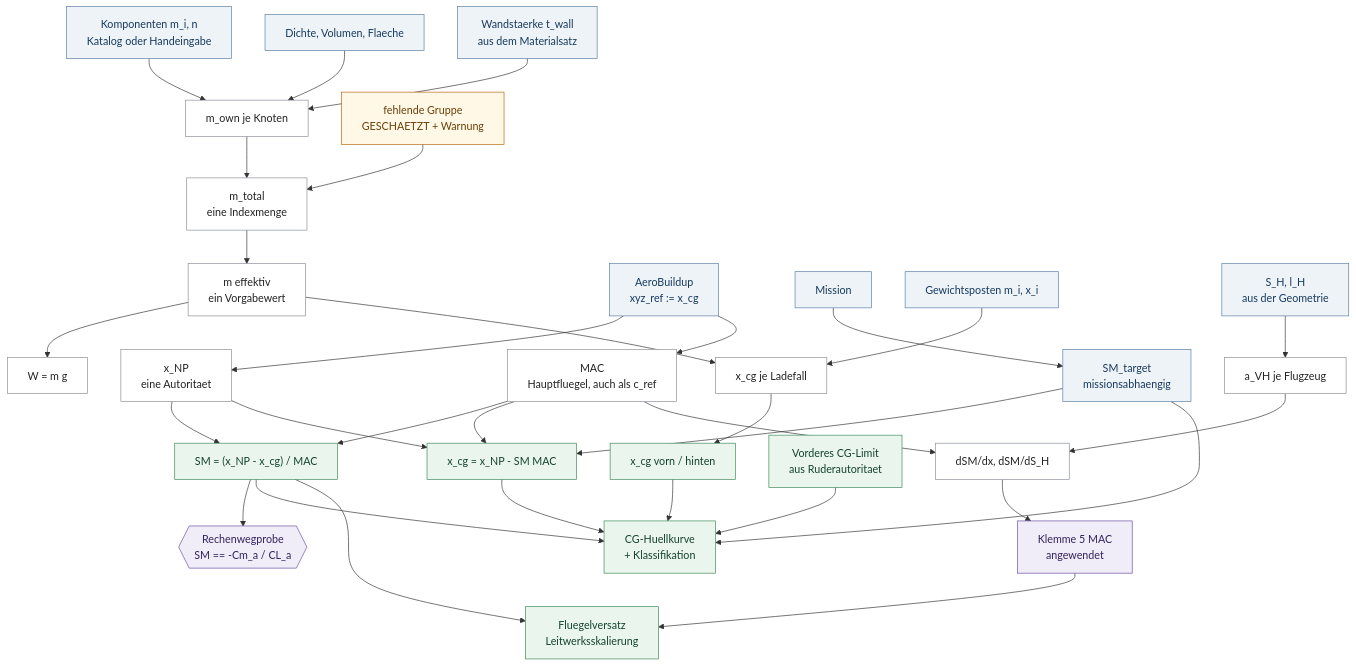
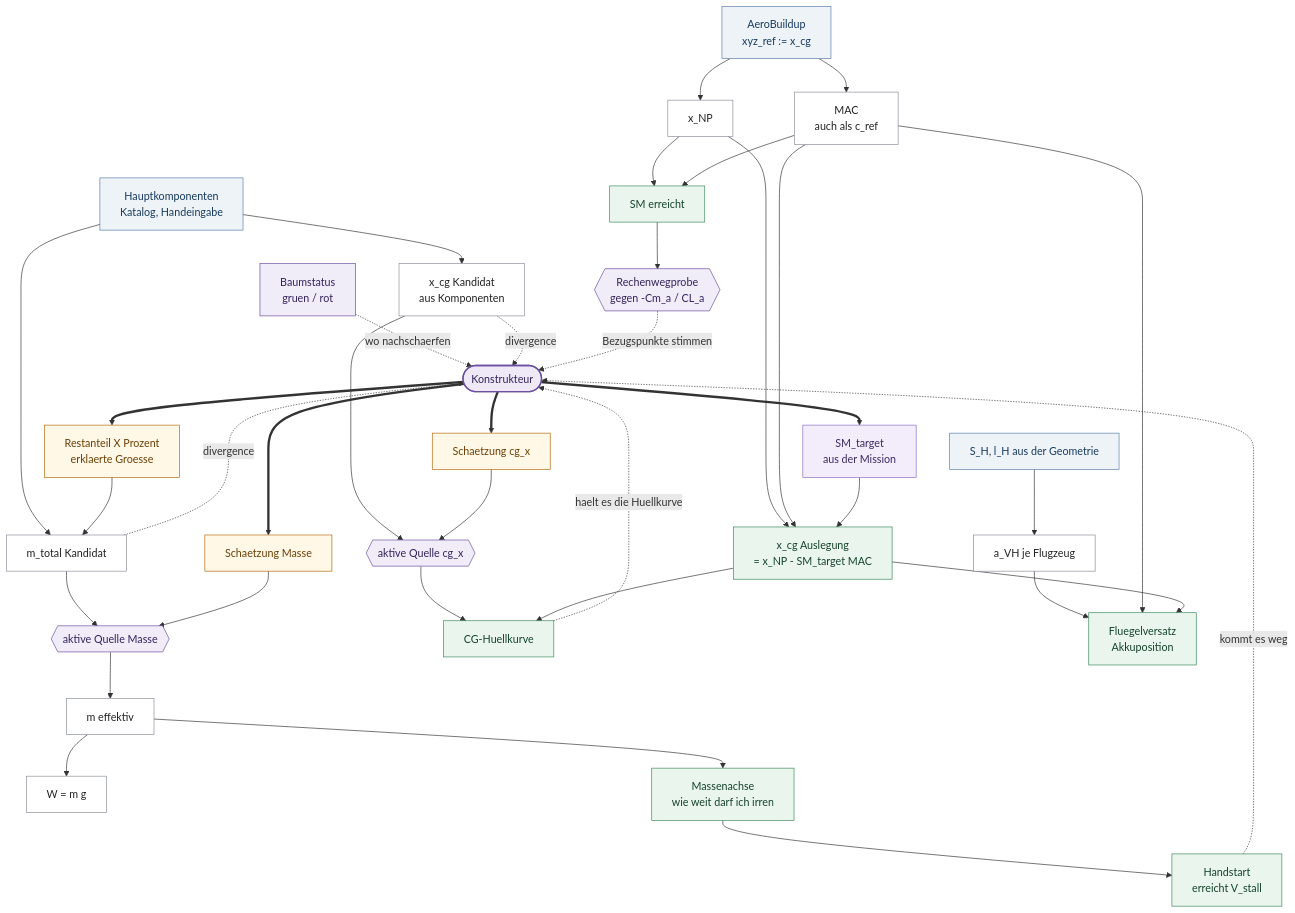
The second of 2 diagrams in _reversa_sdd/calculations/canon/PFAD3.md (szymansk/da3Dalus), drawn with Mermaid before and after one commit. The commit also changed other lines of this file and 1 other file, not shown here.

First paragraph of the commit message:
docs(spec): redraw the target graph with the designer in it
The previous version drew the chain as if it ran by itself. It does not.
Three things were missing, and each came from the maintainer.

````diff
--- a/_reversa_sdd/calculations/canon/PFAD3.md
+++ b/_reversa_sdd/calculations/canon/PFAD3.md
@@ -404,65 +410,75 @@
 ```mermaid
 flowchart TD
+  classDef des fill:#efe9f7,stroke:#6b4fa0,stroke-width:2px,color:#33235c
+  classDef choice fill:#f3ecfa,stroke:#8a6fc0,color:#3c2a63
+  classDef est fill:#fff8e6,stroke:#b4690e,color:#6b3f06
+  classDef drv fill:#ffffff,stroke:#8a8f98,color:#222
   classDef inp fill:#eef3f8,stroke:#5a7fa6,color:#173a5e
-  classDef drv fill:#ffffff,stroke:#8a8f98,color:#222
   classDef out fill:#eaf5ee,stroke:#3d8a5a,color:#14432a
-  classDef est fill:#fff8e6,stroke:#b4690e,color:#6b3f06
   classDef chk fill:#f0ecf8,stroke:#6b4fa0,color:#33235c
 
-  MI["Komponenten m_i, n<br/>Katalog oder Handeingabe"]:::inp
-  RHO["Dichte, Volumen, Flaeche"]:::inp
-  TW["Wandstaerke t_wall<br/>aus dem Materialsatz"]:::inp
-  MOWN["m_own je Knoten"]:::drv
-  MEST["fehlende Gruppe<br/>GESCHAETZT + Warnung"]:::est
-  MSUM["m_total<br/>eine Indexmenge"]:::drv
-  MEFF["m effektiv<br/>ein Vorgabewert"]:::drv
+  DES(["Konstrukteur"]):::des
+
+  SMT["SM_target<br/>aus der Mission"]:::choice
+  ESTM["Schaetzung Masse"]:::est
+  ESTCG["Schaetzung cg_x"]:::est
+
+  KOMP["Hauptkomponenten<br/>Katalog, Handeingabe"]:::inp
+  REST["Restanteil X Prozent<br/>erklaerte Groesse"]:::est
+  MSUM["m_total Kandidat"]:::drv
+  STAT["Baumstatus<br/>gruen / rot"]:::chk
+  SWM{{"aktive Quelle Masse"}}:::chk
+  MEFF["m effektiv"]:::drv
   W["W = m g"]:::drv
 
   SOLV["AeroBuildup<br/>xyz_ref := x_cg"]:::inp
-  XNP["x_NP<br/>eine Autoritaet"]:::drv
-  MAC["MAC<br/>Hauptfluegel, auch als c_ref"]:::drv
-  MISSION["Mission"]:::inp
-  SMT["SM_target<br/>missionsabhaengig"]:::inp
+  XNP["x_NP"]:::drv
+  MAC["MAC<br/>auch als c_ref"]:::drv
+  SM["SM erreicht"]:::out
+  RT{{"Rechenwegprobe<br/>gegen -Cm_a / CL_a"}}:::chk
+  CGD["x_cg Auslegung<br/>= x_NP - SM_target MAC"]:::out
 
-  SM["SM = (x_NP - x_cg) / MAC"]:::out
-  RT{{"Rechenwegprobe<br/>SM == -Cm_a / CL_a"}}:::chk
-  CGD["x_cg = x_NP - SM MAC"]:::out
+  CGK["x_cg Kandidat<br/>aus Komponenten"]:::drv
+  SWCG{{"aktive Quelle cg_x"}}:::chk
+  ENV["CG-Huellkurve"]:::out
+  MENV["Massenachse<br/>wie weit darf ich irren"]:::out
+  HAND["Handstart<br/>erreicht V_stall"]:::out
 
-  LI["Gewichtsposten m_i, x_i"]:::inp
-  CGS["x_cg je Ladefall"]:::drv
-  CGFA["x_cg vorn / hinten"]:::out
-  CGFWD["Vorderes CG-Limit<br/>aus Ruderautoritaet"]:::out
-  ENV["CG-Huellkurve<br/>+ Klassifikation"]:::out
+  SH["S_H, l_H aus der Geometrie"]:::inp
+  AVH["a_VH je Flugzeug"]:::drv
+  SUG["Fluegelversatz<br/>Akkuposition"]:::out
 
-  SH["S_H, l_H<br/>aus der Geometrie"]:::inp
-  AVH["a_VH je Flugzeug"]:::drv
-  DSM["dSM/dx, dSM/dS_H"]:::drv
-  CLIP["Klemme 5 MAC<br/>angewendet"]:::chk
-  SUG["Fluegelversatz<br/>Leitwerksskalierung"]:::out
+  DES ==> SMT
+  DES ==> ESTM
+  DES ==> ESTCG
+  DES ==> REST
 
-  MI --> MOWN
-  RHO --> MOWN
-  TW --> MOWN
-  MEST --> MSUM
-  MOWN --> MSUM --> MEFF --> W
-  MEFF --> CGS
+  KOMP --> MSUM
+  REST --> MSUM
+  MSUM --> SWM
+  ESTM --> SWM
+  SWM --> MEFF --> W
+  MEFF --> MENV --> HAND
 
-  SOLV --> XNP
-  SOLV --> MAC
-  XNP --> SM
-  MAC --> SM
+  KOMP --> CGK --> SWCG
+  ESTCG --> SWCG
+  SWCG --> ENV
+
+  SOLV --> XNP --> SM
+  SOLV --> MAC --> SM
   SM --> RT
   XNP --> CGD
   MAC --> CGD
-  MISSION --> SMT --> CGD
-  SMT --> ENV
+  SMT --> CGD --> ENV
 
-  LI --> CGS --> CGFA --> ENV
-  CGD --> ENV
-  CGFWD --> ENV
-  SM --> ENV
+  SH --> AVH --> SUG
+  MAC --> SUG
+  CGD --> SUG
 
-  SH --> AVH --> DSM --> CLIP --> SUG
-  MAC --> DSM
-  SM --> SUG
+  STAT -. "wo nachschaerfen" .-> DES
+  MSUM -. "divergence" .-> DES
+  CGK -. "divergence" .-> DES
+  ENV -. "haelt es die Huellkurve" .-> DES
+  HAND -. "kommt es weg" .-> DES
+  RT -. "Bezugspunkte stimmen" .-> DES
 ```
````
